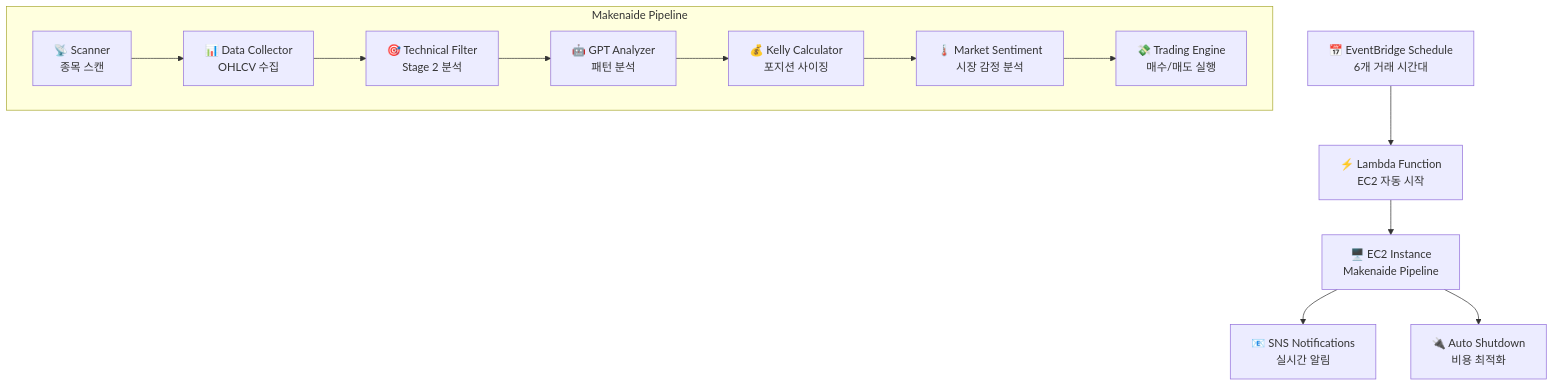
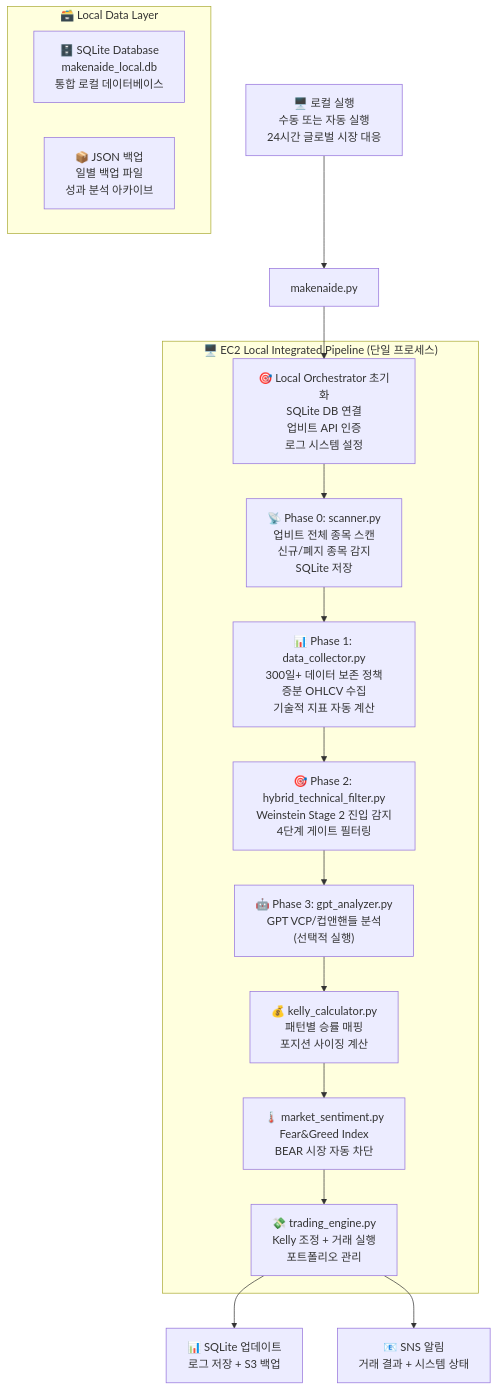
Before and after one commit to jsj9346/makenaide: the diagram in README.MD, drawn with Mermaid. The commit also changed other lines of this file and 16 other files, not shown here.

````diff
--- a/README.MD
+++ b/README.MD
@@ -25,16 +28,24 @@
 ```mermaid
 graph TD
-    A[📅 EventBridge Schedule<br/>6개 거래 시간대] --> B[⚡ Lambda Function<br/>EC2 자동 시작]
-    B --> C[🖥️ EC2 Instance<br/>Makenaide Pipeline]
-    C --> D[📧 SNS Notifications<br/>실시간 알림]
-    C --> E[🔌 Auto Shutdown<br/>비용 최적화]
+    A1["🖥️ 로컬 실행<br/>수동 또는 자동 실행<br/>24시간 글로벌 시장 대응"] --> B[makenaide.py]
 
-    subgraph "Makenaide Pipeline"
-        F[📡 Scanner<br/>종목 스캔] --> G[📊 Data Collector<br/>OHLCV 수집]
-        G --> H[🎯 Technical Filter<br/>Stage 2 분석]
-        H --> I[🤖 GPT Analyzer<br/>패턴 분석]
-        I --> J[💰 Kelly Calculator<br/>포지션 사이징]
-        J --> K[🌡️ Market Sentiment<br/>시장 감정 분석]
-        K --> L[💸 Trading Engine<br/>매수/매도 실행]
+    B --> C["🎯 Local Orchestrator 초기화<br/>SQLite DB 연결<br/>업비트 API 인증<br/>로그 시스템 설정"]
+
+    subgraph "🖥️ EC2 Local Integrated Pipeline (단일 프로세스)"
+        C --> D["📡 Phase 0: scanner.py<br/>업비트 전체 종목 스캔<br/>신규/폐지 종목 감지<br/>SQLite 저장"]
+        D --> E["📊 Phase 1: data_collector.py<br/>300일+ 데이터 보존 정책<br/>증분 OHLCV 수집<br/>기술적 지표 자동 계산"]
+        E --> F["🎯 Phase 2: hybrid_technical_filter.py<br/>Weinstein Stage 2 진입 감지<br/>4단계 게이트 필터링"]
+        F --> G["🤖 Phase 3: gpt_analyzer.py<br/>GPT VCP/컵앤핸들 분석<br/>(선택적 실행)"]
+        G --> H["💰 kelly_calculator.py<br/>패턴별 승률 매핑<br/>포지션 사이징 계산"]
+        H --> I["🌡️ market_sentiment.py<br/>Fear&Greed Index<br/>BEAR 시장 자동 차단"]
+        I --> J["💸 trading_engine.py<br/>Kelly 조정 + 거래 실행<br/>포트폴리오 관리"]
+    end
+
+    J --> K["📊 SQLite 업데이트<br/>로그 저장 + S3 백업"]
+    J --> L["📧 SNS 알림<br/>거래 결과 + 시스템 상태"]
+
+    subgraph "🗃️ Local Data Layer"
+        M["🗄️ SQLite Database<br/>makenaide_local.db<br/>통합 로컬 데이터베이스"]
+        N["📦 JSON 백업<br/>일별 백업 파일<br/>성과 분석 아카이브"]
     end
 ```
````
